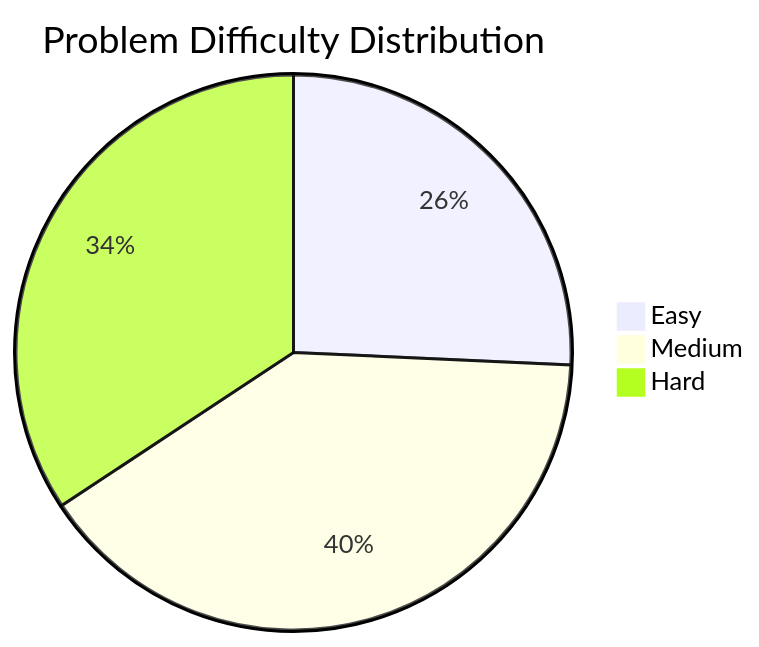
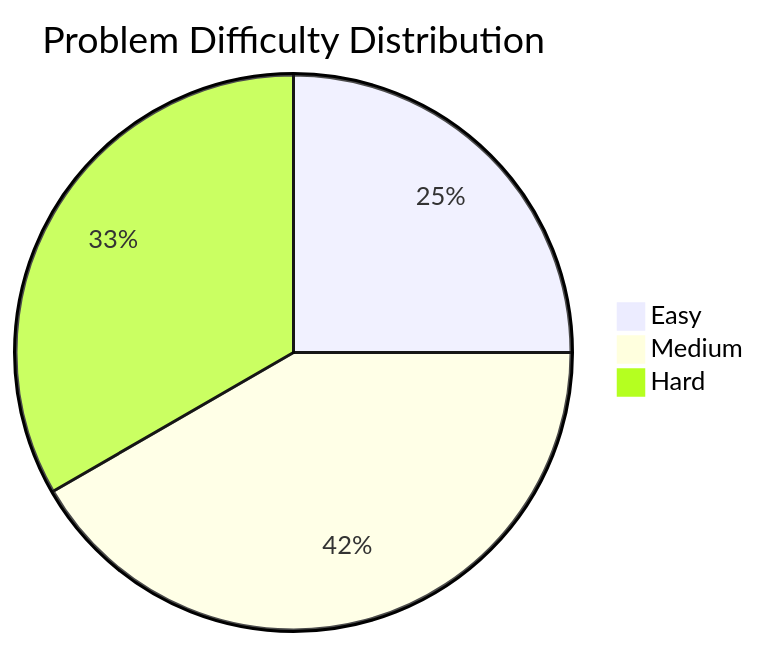
Before and after one commit to ernivani/leetcode-solutions: the first of 2 diagrams in JOURNAL.md, drawn with Mermaid. The commit also changed other lines of this file and 2 other files, not shown here.

Commit message:
Update JOURNAL.md and README.md to add a new entry for problem 2466: Count Ways to Build Good Strings with a corresponding C# solution. Adjust problem difficulty and programming language distribution statistics to reflect the new entry. Ensure proper formatting throughout.

````diff
--- a/JOURNAL.md
+++ b/JOURNAL.md
@@ -46,6 +47,6 @@
 ```mermaid
 pie title Problem Difficulty Distribution
     "Easy" : 9
-    "Medium" : 14
+    "Medium" : 15
     "Hard" : 12
 ```
````
